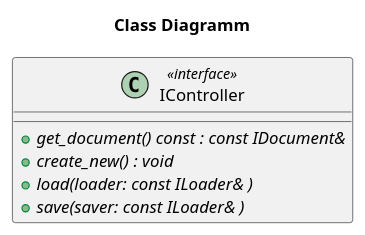
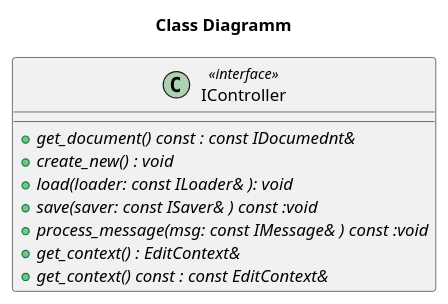
One commit to CheskisVladimir/otus-2025 changed the diagram in Editor/plant_uml/controller.puml. Above: the diagram before and after it, drawn with PlantUML. The commit also changed 1 other file, not shown here.

```diff
--- a/Editor/plant_uml/controller.puml
+++ b/Editor/plant_uml/controller.puml
@@ -1,10 +1,14 @@
 @startuml
 title Class Diagramm
 
 class IController <<interface>> {
-  + {abstract} get_document() const : const IDocument&
+  + {abstract} get_document() const : const IDocumednt&
   + {abstract}  create_new() : void
-  + {abstract} load(loader: const ILoader& )
-    + {abstract} save(saver: const ILoader& )
+  + {abstract} load(loader: const ILoader& ): void
+  + {abstract} save(saver: const ISaver& ) const :void 
+  + {abstract} process_message(msg: const IMessage& ) const :void 
+  + {abstract} get_context() : EditContext& 
+  + {abstract} get_context() const : const EditContext&
+
 }
 @enduml
```
